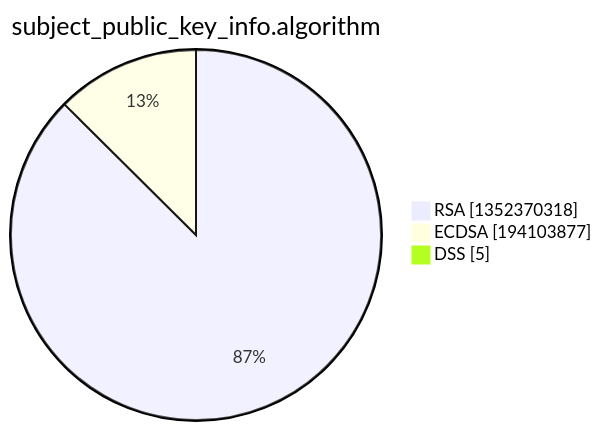
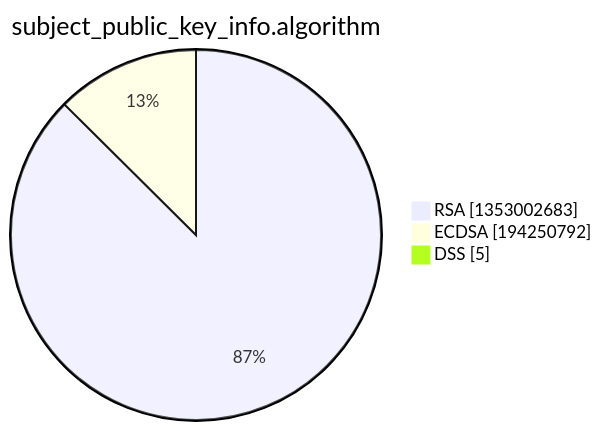
Before and after one commit to christiankrug/ctmonitor_visualization: the third of 15 diagrams in xenon2022/README.md, drawn with Mermaid. The commit also changed other lines of this file, not shown here.

````diff
--- a/xenon2022/README.md
+++ b/xenon2022/README.md
@@ -14,7 +14,7 @@
 ```mermaid
 pie showData
 title subject_public_key_info.algorithm
-"RSA" :1352370318
-"ECDSA" :194103877
+"RSA" :1353002683
+"ECDSA" :194250792
 "DSS" :5
 ```
````
